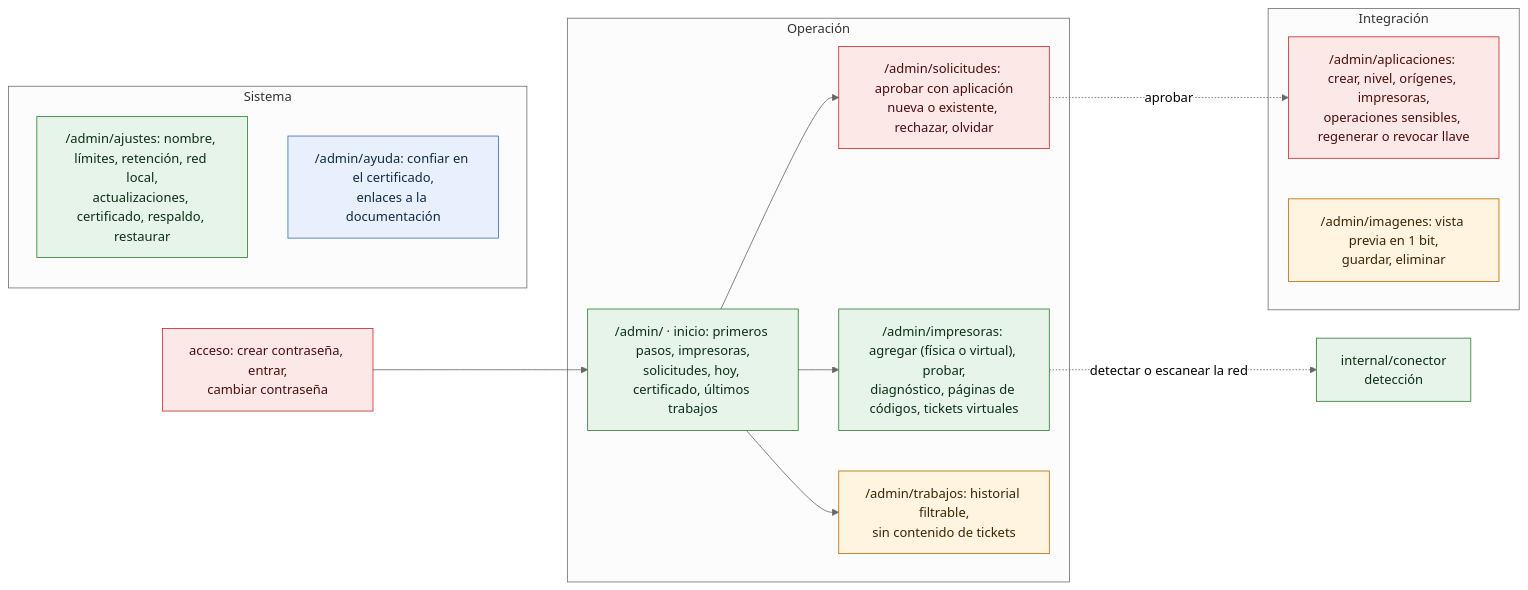
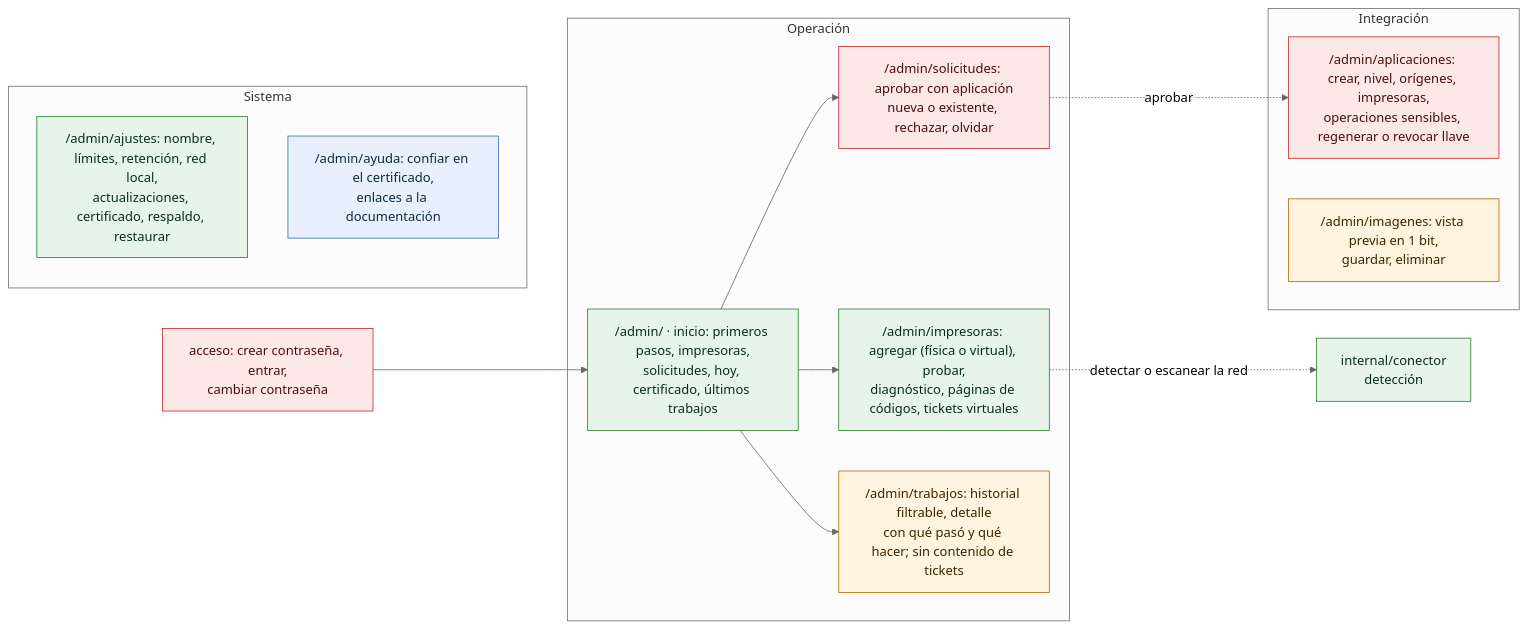
Before and after one commit to bayalad7/prisma: the diagram in docs/diagramas/15-panel-navegacion.md, drawn with Mermaid (neutral theme). The commit also changed 11 other files, not shown here.

First line of the commit message:
documentacion(prisma): describe el detalle de los trabajos

````diff
--- a/docs/diagramas/15-panel-navegacion.md
+++ b/docs/diagramas/15-panel-navegacion.md
@@ -5,27 +5,27 @@
 ```mermaid
 flowchart LR
     acceso["acceso: crear contraseña, entrar,<br/>cambiar contraseña"]:::seguridad --> inicio
     subgraph operacion["Operación"]
         inicio["/admin/ · inicio: primeros pasos, impresoras,<br/>solicitudes, hoy, certificado, últimos trabajos"]:::prisma
         imp["/admin/impresoras: agregar (física o virtual), probar,<br/>diagnóstico, páginas de códigos, tickets virtuales"]:::prisma
         sol["/admin/solicitudes: aprobar con aplicación<br/>nueva o existente, rechazar, olvidar"]:::seguridad
-        trab["/admin/trabajos: historial filtrable,<br/>sin contenido de tickets"]:::datos
+        trab["/admin/trabajos: historial filtrable, detalle<br/>con qué pasó y qué hacer; sin contenido de tickets"]:::datos
     end
     subgraph integracion["Integración"]
         apps["/admin/aplicaciones: crear, nivel, orígenes, impresoras,<br/>operaciones sensibles, regenerar o revocar llave"]:::seguridad
         rec["/admin/imagenes: vista previa en 1 bit,<br/>guardar, eliminar"]:::datos
     end
     subgraph sistema["Sistema"]
         aj["/admin/ajustes: nombre, límites, retención, red local,<br/>actualizaciones, certificado, respaldo, restaurar"]:::prisma
         ay["/admin/ayuda: confiar en el certificado,<br/>enlaces a la documentación"]:::externo
     end
     inicio --> imp
     inicio --> sol
     inicio --> trab
     sol -. "aprobar" .-> apps
     imp -. "detectar o escanear la red" .-> det["internal/conector<br/>detección"]:::prisma
     classDef externo fill:#e8f0fe,stroke:#3b6db3,color:#102a43
     classDef prisma fill:#e6f4ea,stroke:#2f7d32,color:#0b2e13
     classDef datos fill:#fff4e0,stroke:#b26a00,color:#3d2400
     classDef seguridad fill:#fde8e8,stroke:#c62828,color:#4a0d0d
 ```
````
